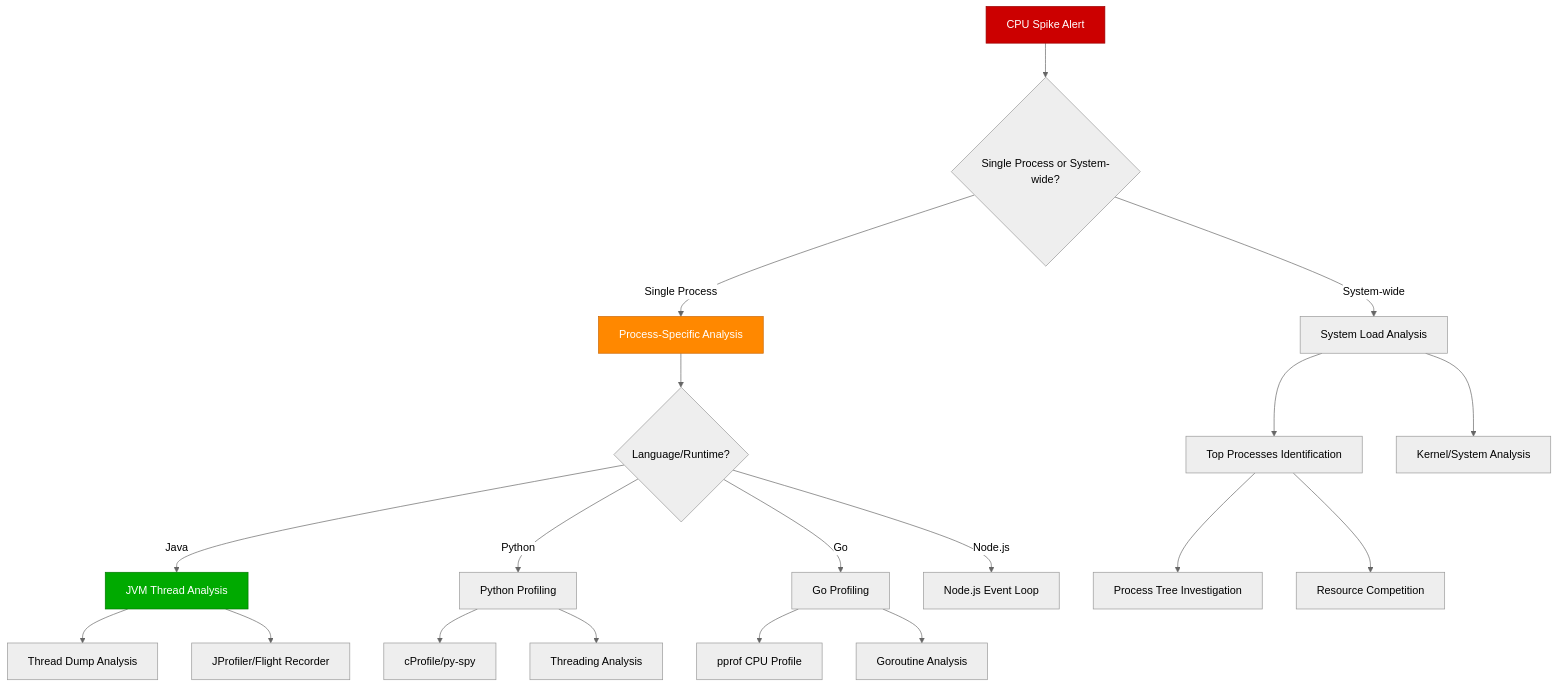
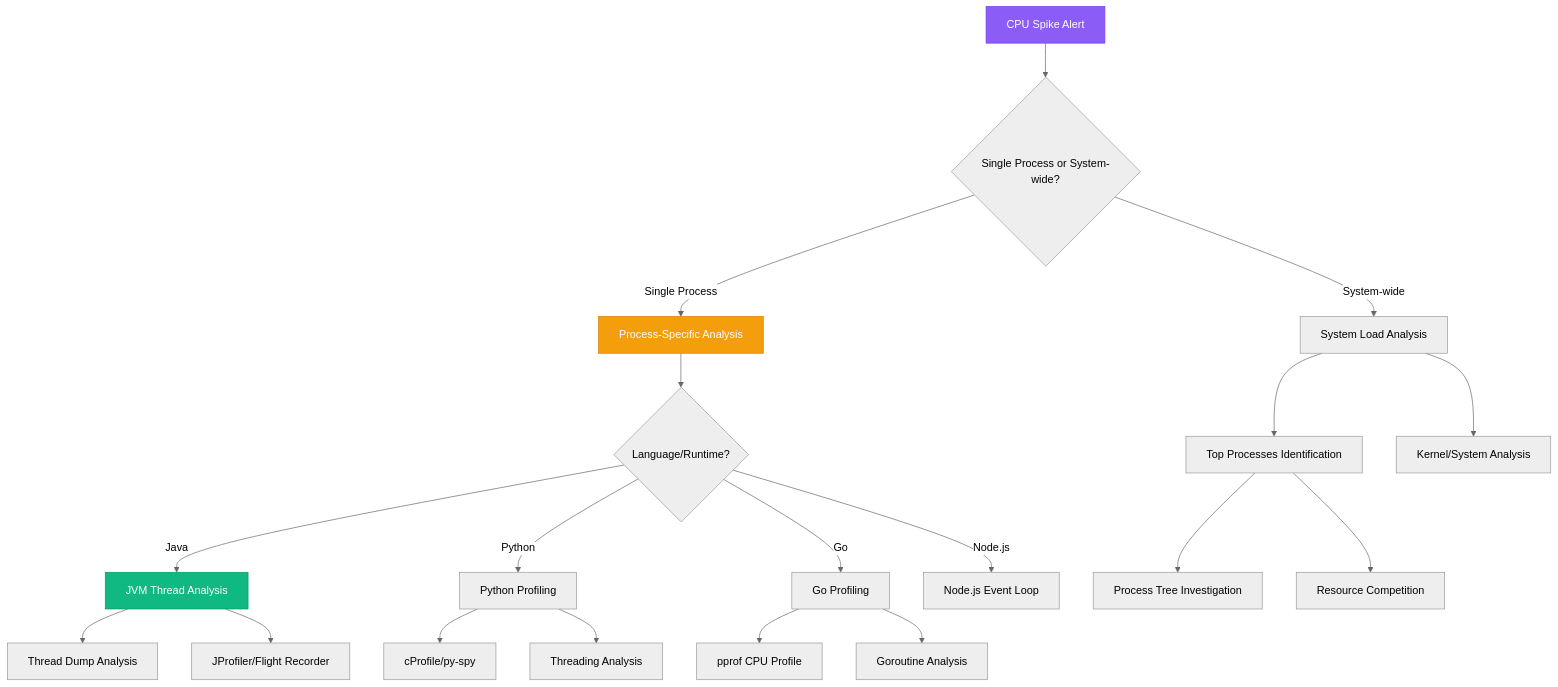
The diagram in site/docs/debugging/cpu-spike-diagnosis.md (deepaucksharma/DS), drawn with Mermaid (neutral theme) before and after one commit. The commit also changed 303 other files, not shown here.

````diff
--- a/site/docs/debugging/cpu-spike-diagnosis.md
+++ b/site/docs/debugging/cpu-spike-diagnosis.md
@@ -11,31 +11,31 @@
 ```mermaid
 graph TD
     A[CPU Spike Alert] --> B{Single Process or System-wide?}
     B -->|Single Process| C[Process-Specific Analysis]
     B -->|System-wide| D[System Load Analysis]
 
     C --> E{Language/Runtime?}
     E -->|Java| F[JVM Thread Analysis]
     E -->|Python| G[Python Profiling]
     E -->|Go| H[Go Profiling]
     E -->|Node.js| I[Node.js Event Loop]
 
     D --> J[Top Processes Identification]
     D --> K[Kernel/System Analysis]
 
     F --> L[Thread Dump Analysis]
     F --> M[JProfiler/Flight Recorder]
 
     G --> N[cProfile/py-spy]
     G --> O[Threading Analysis]
 
     H --> P[pprof CPU Profile]
     H --> Q[Goroutine Analysis]
 
     J --> R[Process Tree Investigation]
     J --> S[Resource Competition]
 
-    style A fill:#CC0000,stroke:#990000,color:#fff
-    style C fill:#FF8800,stroke:#CC6600,color:#fff
-    style F fill:#00AA00,stroke:#007700,color:#fff
+    style A fill:#8B5CF6,stroke:#7C3AED,color:#fff
+    style C fill:#F59E0B,stroke:#D97706,color:#fff
+    style F fill:#10B981,stroke:#059669,color:#fff
 ```
````
